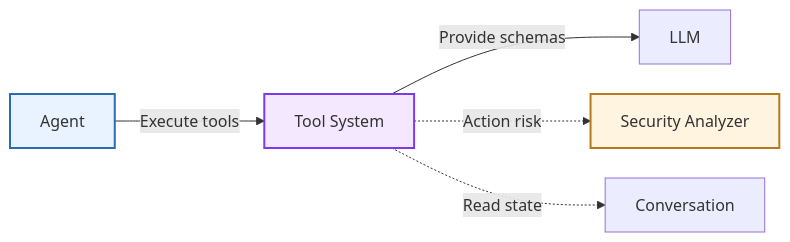
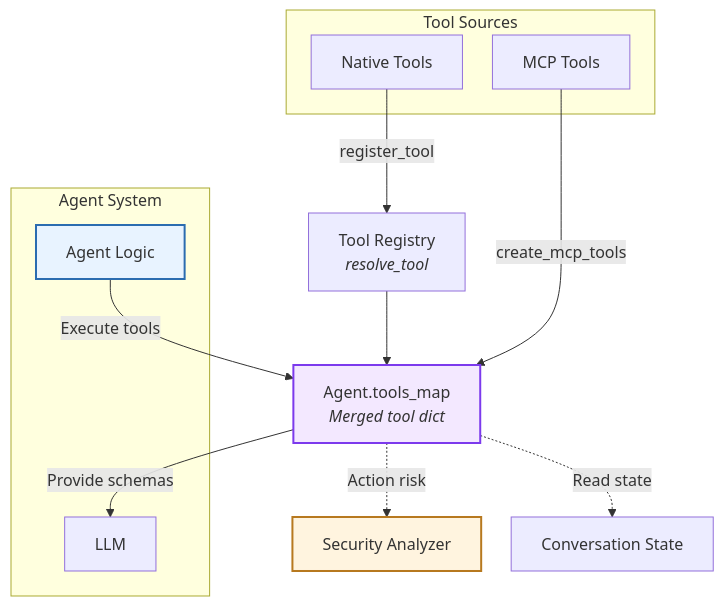
One commit to OpenHands/docs changed the tenth of 10 diagrams in sdk/arch/tool-system.mdx. Above: the diagram before and after it, drawn with Mermaid. The commit also changed other lines of this file, not shown here.

Commit message:
done with tool system

````diff
--- a/sdk/arch/tool-system.mdx
+++ b/sdk/arch/tool-system.mdx
@@ -274,18 +470,31 @@
 ```mermaid
 %%{init: {"theme": "default", "flowchart": {"nodeSpacing": 30}} }%%
-flowchart LR
-    Tools["Tool System"]
-    Agent["Agent"]
-    LLM["LLM"]
+flowchart TB
+    subgraph Sources["Tool Sources"]
+        Native["Native Tools"]
+        MCP["MCP Tools"]
+    end
+    
+    Registry["Tool Registry<br><i>resolve_tool</i>"]
+    ToolsMap["Agent.tools_map<br><i>Merged tool dict</i>"]
+    
+    subgraph AgentSystem["Agent System"]
+        Agent["Agent Logic"]
+        LLM["LLM"]
+    end
+    
     Security["Security Analyzer"]
-    Conversation["Conversation"]
+    Conversation["Conversation State"]
     
-    Tools -->|Provide schemas| LLM
-    Agent -->|Execute tools| Tools
-    Tools -.->|Action risk| Security
-    Tools -.->|Read state| Conversation
+    Native -->|register_tool| Registry
+    Registry --> ToolsMap
+    MCP -->|create_mcp_tools| ToolsMap
+    ToolsMap -->|Provide schemas| LLM
+    Agent -->|Execute tools| ToolsMap
+    ToolsMap -.->|Action risk| Security
+    ToolsMap -.->|Read state| Conversation
     
-    style Tools fill:#f3e8ff,stroke:#7c3aed,stroke-width:2px
+    style ToolsMap fill:#f3e8ff,stroke:#7c3aed,stroke-width:2px
     style Agent fill:#e8f3ff,stroke:#2b6cb0,stroke-width:2px
     style Security fill:#fff4df,stroke:#b7791f,stroke-width:2px
 ```
````
